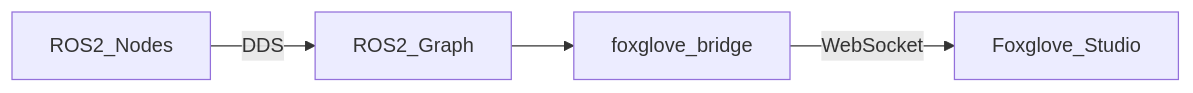
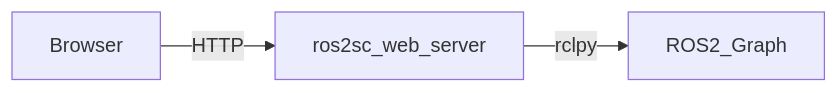
One commit to dlrkdxor0821/ros2_shortcut changed the diagram in README.md. Above: the diagram before and after it, drawn with Mermaid. The commit also changed other lines of this file and 174 other files, not shown here.

````diff
--- a/README.md
+++ b/README.md
@@ -20,6 +23,5 @@
 ```mermaid
 flowchart LR
-  rosNodes[ROS2_Nodes] -->|DDS| rosGraph[ROS2_Graph]
-  rosGraph --> foxgloveBridge[foxglove_bridge]
-  foxgloveBridge -->|WebSocket| foxgloveStudio[Foxglove_Studio]
+  browser[Browser] -->|HTTP| webInspector[ros2sc_web_server]
+  webInspector -->|rclpy| rosGraph[ROS2_Graph]
 ```
````
